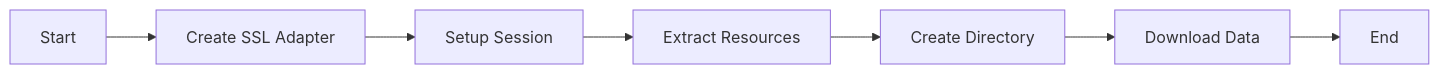
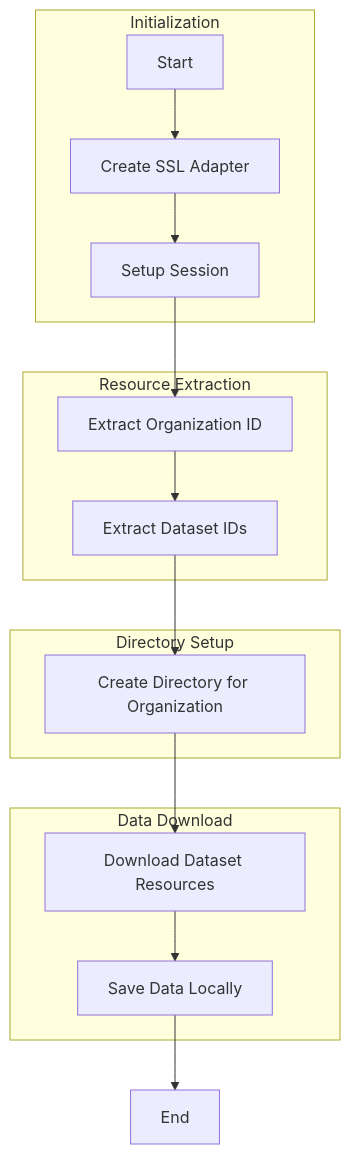
Before and after one commit to Esturban/open_ksa: the diagram in README.md, drawn with Mermaid. The commit also changed other lines of this file, not shown here.

Commit message:
Instructions
Adding usage instructions and the mermaid graph to be able to visualize the process flow

````diff
--- a/README.md
+++ b/README.md
@@ -32,9 +32,23 @@
 ```mermaid
-graph LR
-    A[Start] --> B[Create SSL Adapter]
-    B --> C[Setup Session]
-    C --> D[Extract Resources]
-    D --> E[Create Directory]
-    E --> F[Download Data]
-    F --> G[End]
+graph TD
+    subgraph Initialization
+        A[Start] --> B[Create SSL Adapter]
+        B --> C[Setup Session]
+    end
+
+    subgraph Resource Extraction
+        C --> D[Extract Organization ID]
+        D --> E[Extract Dataset IDs]
+    end
+
+    subgraph Directory Setup
+        E --> F[Create Directory for Organization]
+    end
+
+    subgraph Data Download
+        F --> G[Download Dataset Resources]
+        G --> H[Save Data Locally]
+    end
+
+    H --> I[End]
 ```
````
